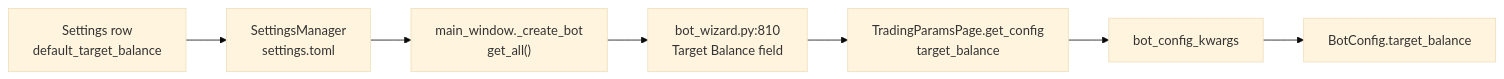
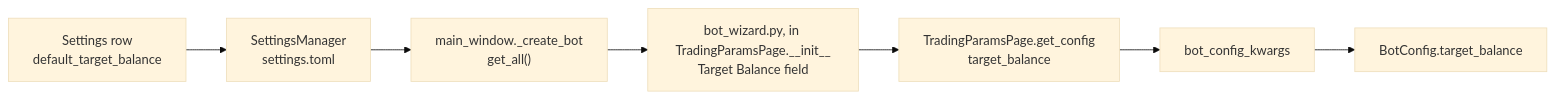
One commit to Acervator-LLC/ACERVATOR changed the eighth of 22 diagrams in docs/manual/08-tabs/settings.md. Above: the diagram before and after it, drawn with Mermaid (base theme). The commit also changed other lines of this file and 12 other files, not shown here.

````diff
--- a/docs/manual/08-tabs/settings.md
+++ b/docs/manual/08-tabs/settings.md
@@ -3694,9 +3694,9 @@
 ```mermaid
 flowchart LR
   A["Settings row<br/>default_target_balance"] --> B["SettingsManager<br/>settings.toml"]
   B --> C["main_window._create_bot<br/>get_all()"]
-  C --> D["bot_wizard.py:810<br/>Target Balance field"]
+  C --> D["bot_wizard.py, in TradingParamsPage.__init__<br/>Target Balance field"]
   D --> E["TradingParamsPage.get_config<br/>target_balance"]
   E --> F["bot_config_kwargs"]
   F --> G["BotConfig.target_balance"]
 ```
````
